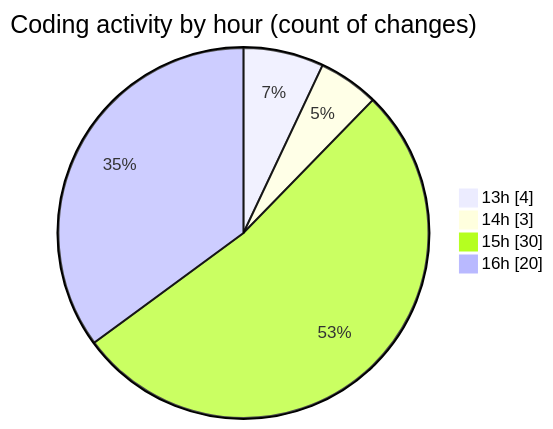
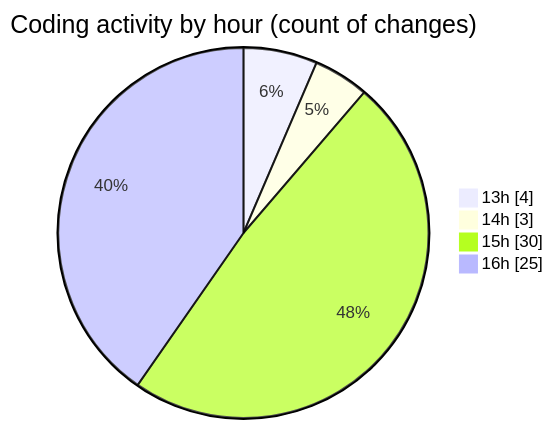
Before and after one commit to EIIisD/code-tracking: the second of 2 diagrams in 2025-08-11/ribbon/README.md, drawn with Mermaid. The commit also changed other lines of this file and 1 other file, not shown here.

````diff
--- a/2025-08-11/ribbon/README.md
+++ b/2025-08-11/ribbon/README.md
@@ -49,8 +49,8 @@
 ```mermaid
 pie showData
 title Coding activity by hour (count of changes)
 "13h" : 4
 "14h" : 3
 "15h" : 30
-"16h" : 20
+"16h" : 25
 ```
````
